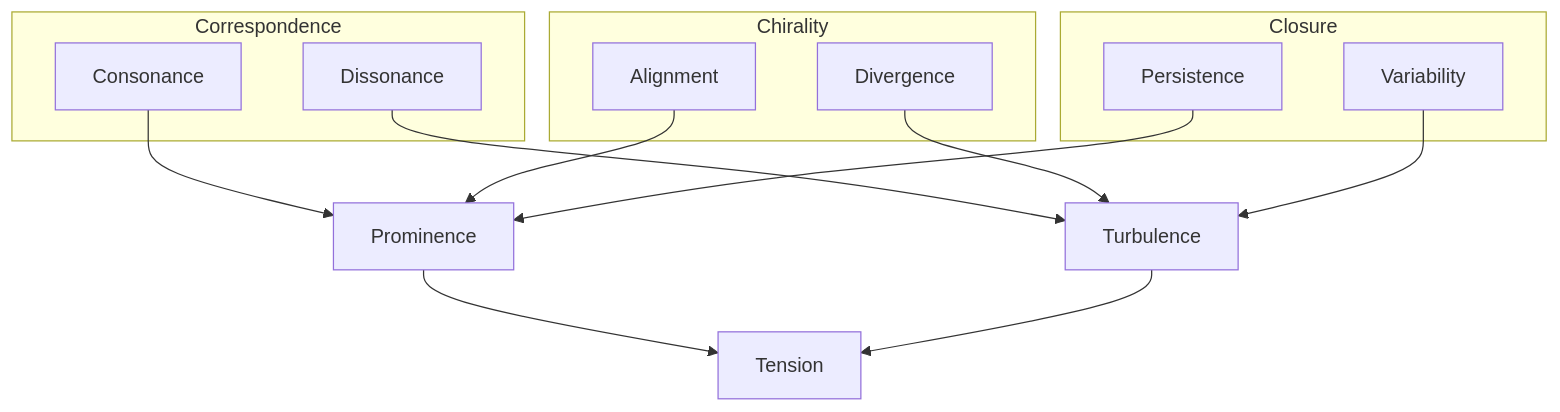
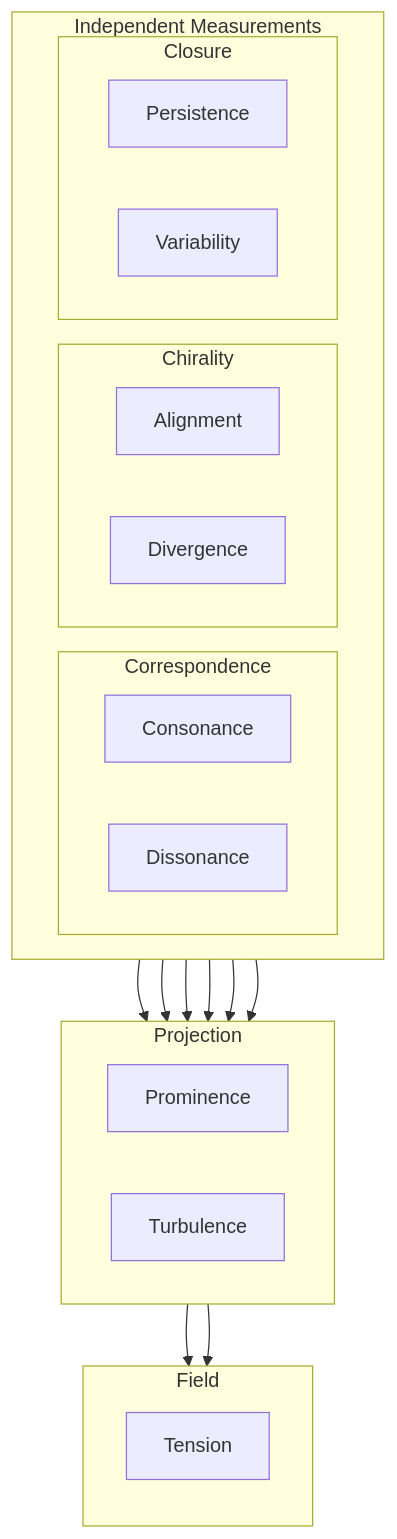
One commit to clairemira/miranova changed the third of 5 diagrams in content/commons/01-overview.mdx. Above: the diagram before and after it, drawn with Mermaid. The commit also changed other lines of this file and 3 other files, not shown here.

Commit message:
Added mermaid graphs

````diff
--- a/content/commons/01-overview.mdx
+++ b/content/commons/01-overview.mdx
@@ -141,33 +359,43 @@
 ```mermaid
 flowchart TD
-    T[Tension]
+    subgraph IM[Independent Measurements]
+        direction LR
 
-    P[Prominence]
-    U[Turbulence]
+        subgraph COR[Correspondence]
+            C[Consonance]
+            D[Dissonance]
+        end
 
-    subgraph COR[Correspondence]
-        C[Consonance]
-        D[Dissonance]
+        subgraph CHI[Chirality]
+            A[Alignment]
+            G[Divergence]
+        end
+
+        subgraph CLO[Closure]
+            S[Persistence]
+            V[Variability]
+        end
     end
 
-    subgraph CHI[Chirality]
-        A[Alignment]
-        G[Divergence]
+    subgraph PROJ[Projection]
+        direction LR
+        P[Prominence]
+        U[Turbulence]
     end
 
-    subgraph CLO[Closure]
-        S[Persistence]
-        V[Variability]
+    subgraph FIELD[Field]
+        direction TB
+        T[Tension]
     end
-
-    P --> T
-    U --> T
 
     C --> P
     A --> P
     S --> P
 
     D --> U
     G --> U
     V --> U
+
+    P --> T
+    U --> T
 ```
````
